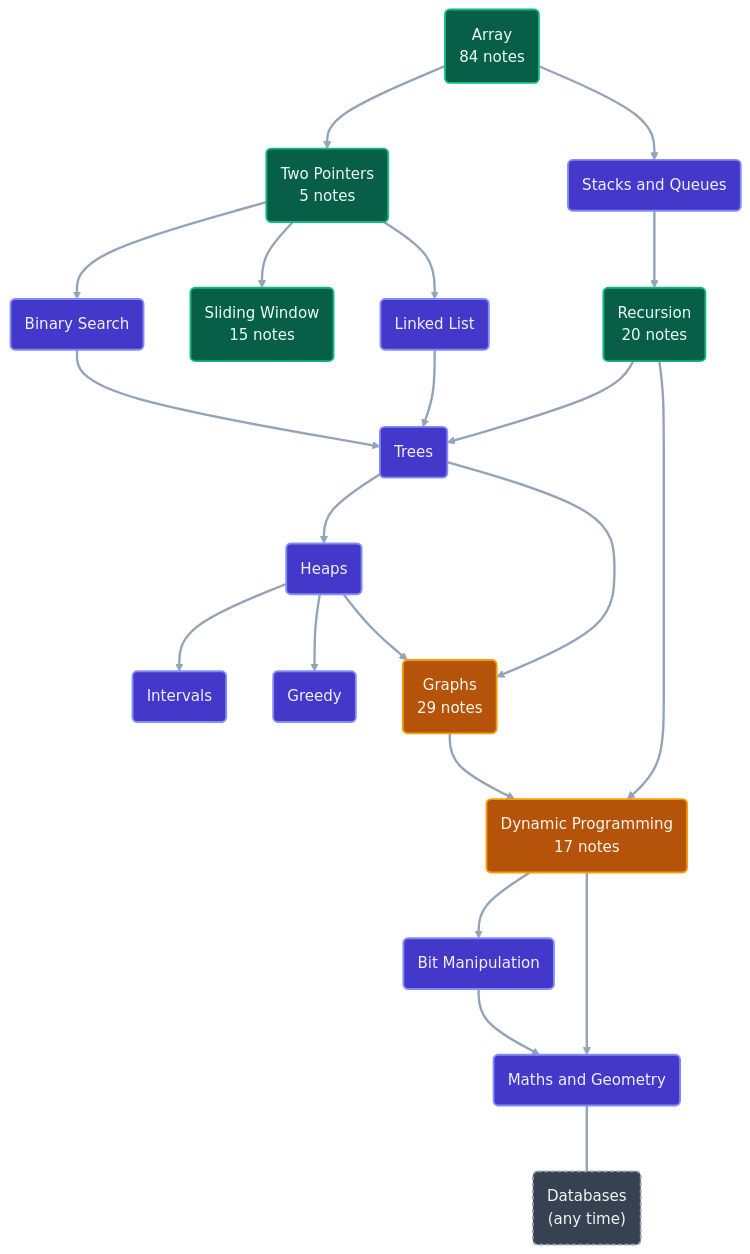
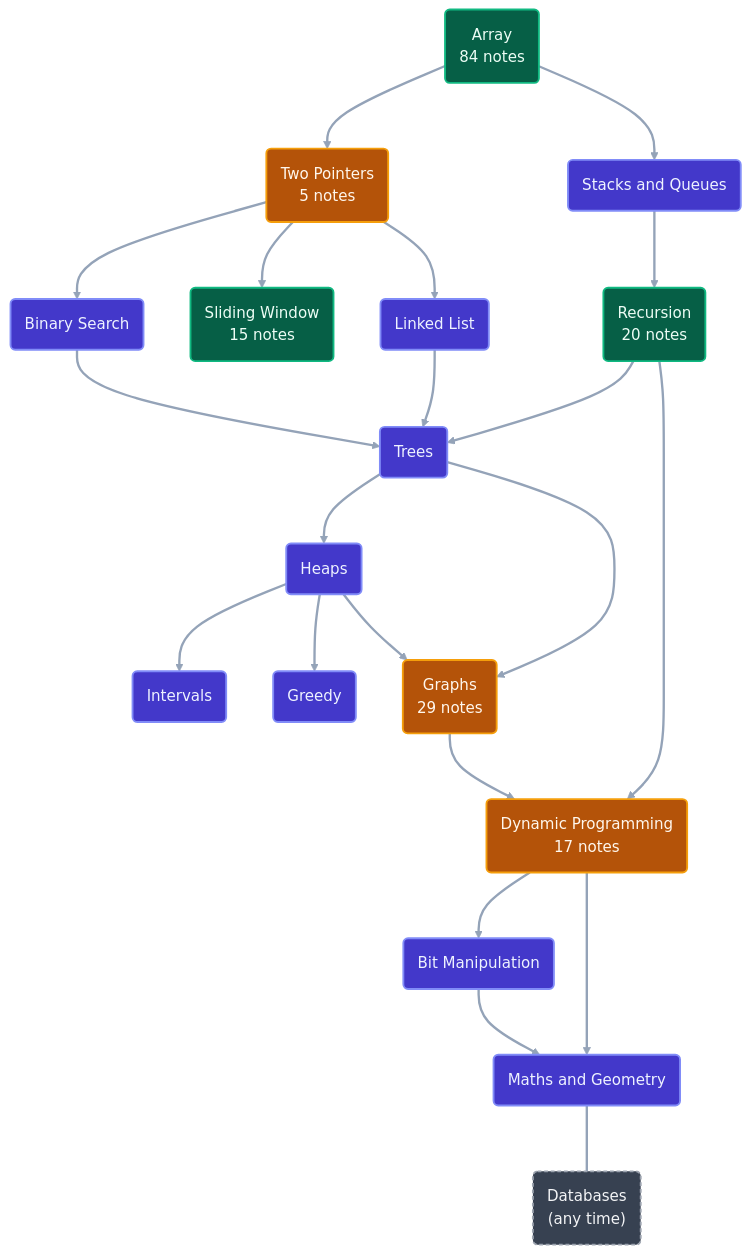
One commit to ajay-nikumbh/dsa-notes changed the second of 2 diagrams in README.md. Above: the diagram before and after it, drawn with Mermaid. The commit also changed other lines of this file and 11 other files, not shown here.

First line of the commit message:
Rewrite Two Pointers notes to the note rules; add pattern guide

````diff
--- a/README.md
+++ b/README.md
@@ -76,52 +76,52 @@
 ```mermaid
 ---
 config:
   layout: dagre
   flowchart:
     curve: basis
     nodeSpacing: 50
     rankSpacing: 70
 ---
 flowchart TD
     ARR("Array<br/>84 notes"):::done
-    TP("Two Pointers<br/>5 notes"):::done
+    TP("Two Pointers<br/>5 notes"):::inprog
     SQ("Stacks and Queues"):::todo
     BS("Binary Search"):::todo
     SW("Sliding Window<br/>15 notes"):::done
     LL("Linked List"):::todo
     REC("Recursion<br/>20 notes"):::done
     TR("Trees"):::todo
     HP("Heaps"):::todo
     GR("Graphs<br/>29 notes"):::inprog
     DP("Dynamic Programming<br/>17 notes"):::inprog
     IV("Intervals"):::todo
     GD("Greedy"):::todo
     BM("Bit Manipulation"):::todo
     MG("Maths and Geometry"):::todo
     DB("Databases<br/>(any time)"):::side
     ARR --> TP
     ARR --> SQ
     TP --> BS
     TP --> SW
     TP --> LL
     SQ --> REC
     BS --> TR
     LL --> TR
     REC --> TR
     TR --> HP
     TR --> GR
     REC --> DP
     HP --> IV
     HP --> GD
     HP --> GR
     GR --> DP
     DP --> BM
     DP --> MG
     BM --> MG
     MG ~~~ DB
     classDef done fill:#065f46,stroke:#10b981,stroke-width:2px,color:#ecfdf5
     classDef inprog fill:#b45309,stroke:#f59e0b,stroke-width:2px,color:#fff7ed
     classDef todo fill:#4338ca,stroke:#818cf8,stroke-width:2px,color:#eef2ff
     classDef side fill:#374151,stroke:#9ca3af,stroke-width:2px,stroke-dasharray:4 3,color:#f3f4f6
     linkStyle default stroke:#94a3b8,stroke-width:2.5px
 ```
````
